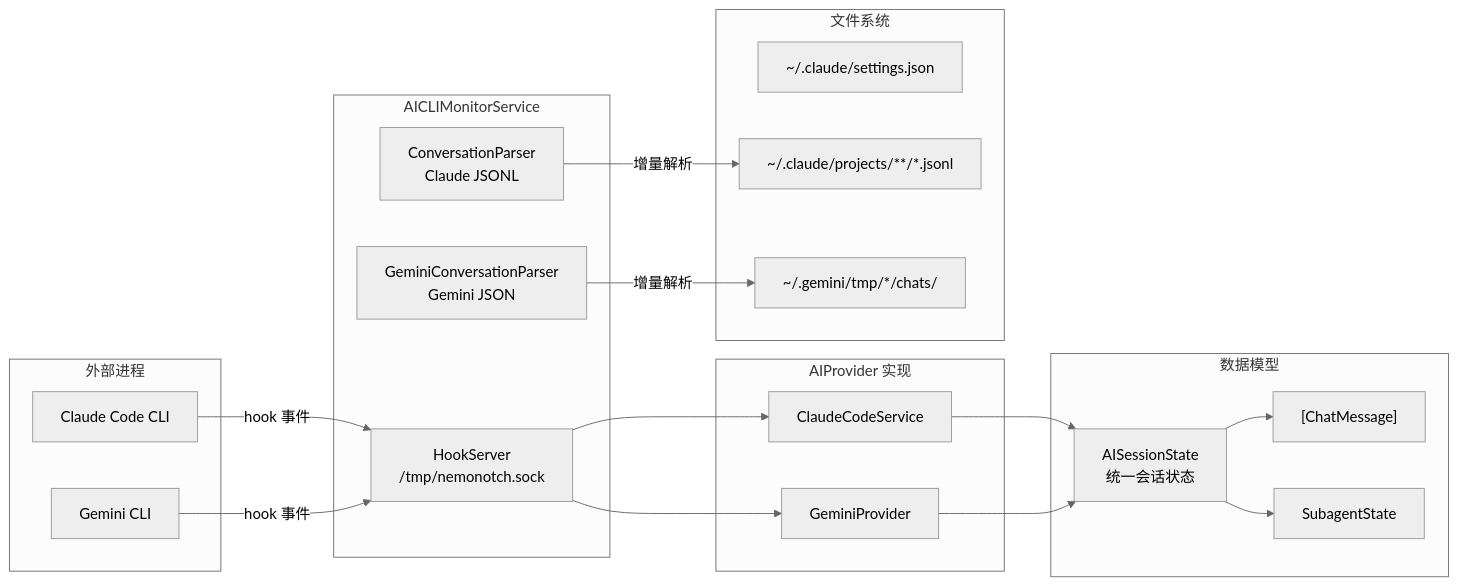
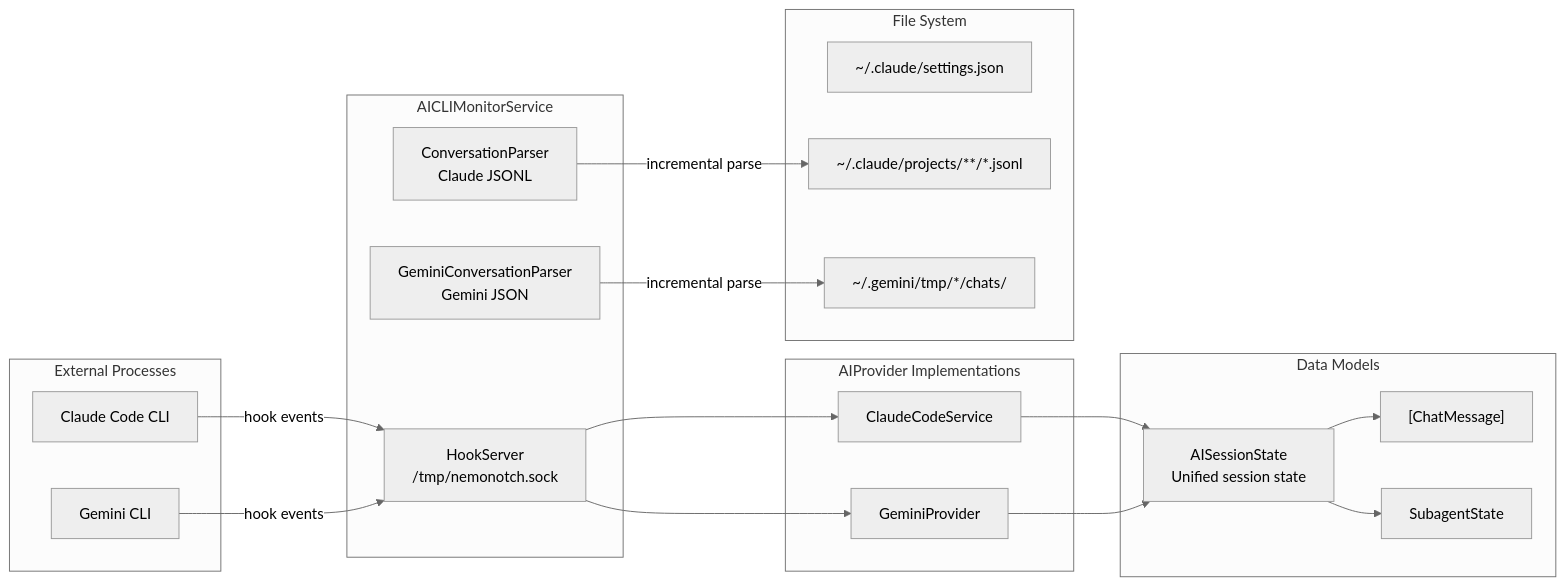
Before and after one commit to GaoZimeng0425/NemoNotch: the second of 3 diagrams in CLAUDE.md, drawn with Mermaid (neutral theme). The commit also changed other lines of this file, not shown here.

````diff
--- a/CLAUDE.md
+++ b/CLAUDE.md
@@ -98,41 +98,41 @@
 ```mermaid
 graph LR
-    subgraph External["外部进程"]
+    subgraph External["External Processes"]
         CC["Claude Code CLI"]
         GC["Gemini CLI"]
     end
 
     subgraph Monitor["AICLIMonitorService"]
         HS["HookServer<br/>/tmp/nemonotch.sock"]
         CP["ConversationParser<br/>Claude JSONL"]
         GCP["GeminiConversationParser<br/>Gemini JSON"]
     end
 
-    subgraph Providers["AIProvider 实现"]
+    subgraph Providers["AIProvider Implementations"]
         CLS["ClaudeCodeService"]
         GPR["GeminiProvider"]
     end
 
-    subgraph Data["数据模型"]
-        AIS["AISessionState<br/>统一会话状态"]
+    subgraph Data["Data Models"]
+        AIS["AISessionState<br/>Unified session state"]
         MSG["[ChatMessage]"]
         SA["SubagentState"]
     end
 
-    subgraph Files["文件系统"]
+    subgraph Files["File System"]
         S["~/.claude/settings.json"]
         CJ["~/.claude/projects/**/*.jsonl"]
         GJ["~/.gemini/tmp/*/chats/"]
     end
 
-    CC -->|"hook 事件"| HS
-    GC -->|"hook 事件"| HS
+    CC -->|"hook events"| HS
+    GC -->|"hook events"| HS
     HS --> CLS
     HS --> GPR
-    CP -->|"增量解析"| CJ
-    GCP -->|"增量解析"| GJ
+    CP -->|"incremental parse"| CJ
+    GCP -->|"incremental parse"| GJ
     CLS --> AIS
     GPR --> AIS
     AIS --> MSG
     AIS --> SA
 ```
````
